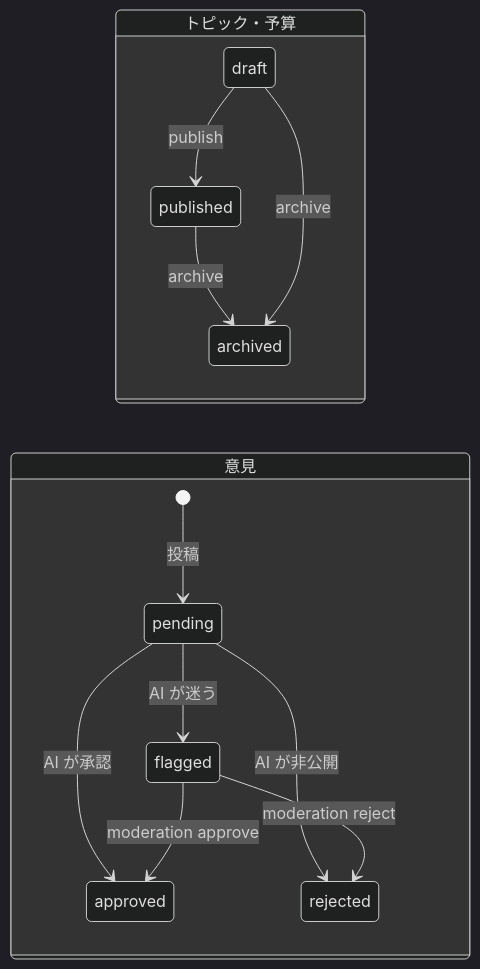
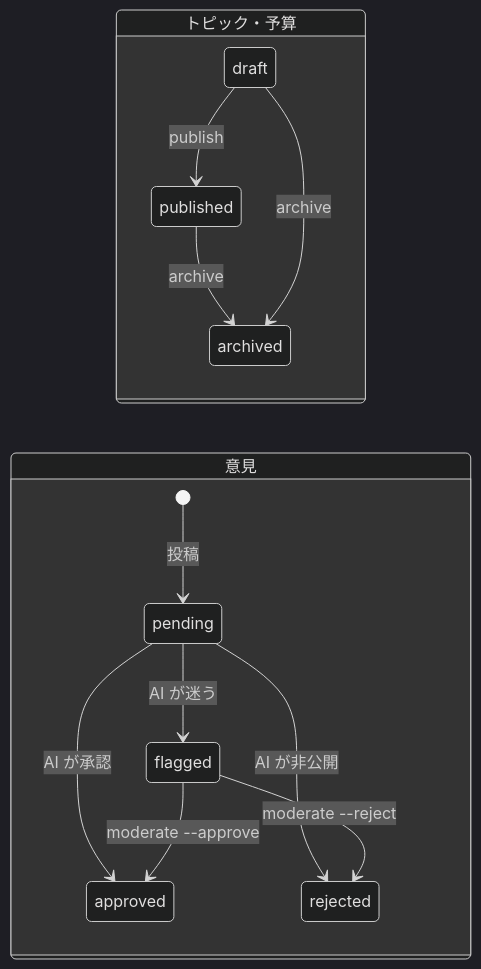
One commit to soman-ungan/civic-platform changed the fifth of 5 diagrams in docs/data-flow.md. Above: the diagram before and after it, drawn with Mermaid (dark theme). The commit also changed other lines of this file and 8 other files, not shown here.

````diff
--- a/docs/data-flow.md
+++ b/docs/data-flow.md
@@ -182,17 +196,17 @@
 ```mermaid
 stateDiagram-v2
     direction LR
     state "トピック・予算" as T {
         draft --> published: publish
         published --> archived: archive
         draft --> archived: archive
     }
     state "意見" as S {
         [*] --> pending: 投稿
         pending --> approved: AI が承認
         pending --> rejected: AI が非公開
         pending --> flagged: AI が迷う
-        flagged --> approved: moderation approve
-        flagged --> rejected: moderation reject
+        flagged --> approved: moderate --approve
+        flagged --> rejected: moderate --reject
     }
 ```
````
